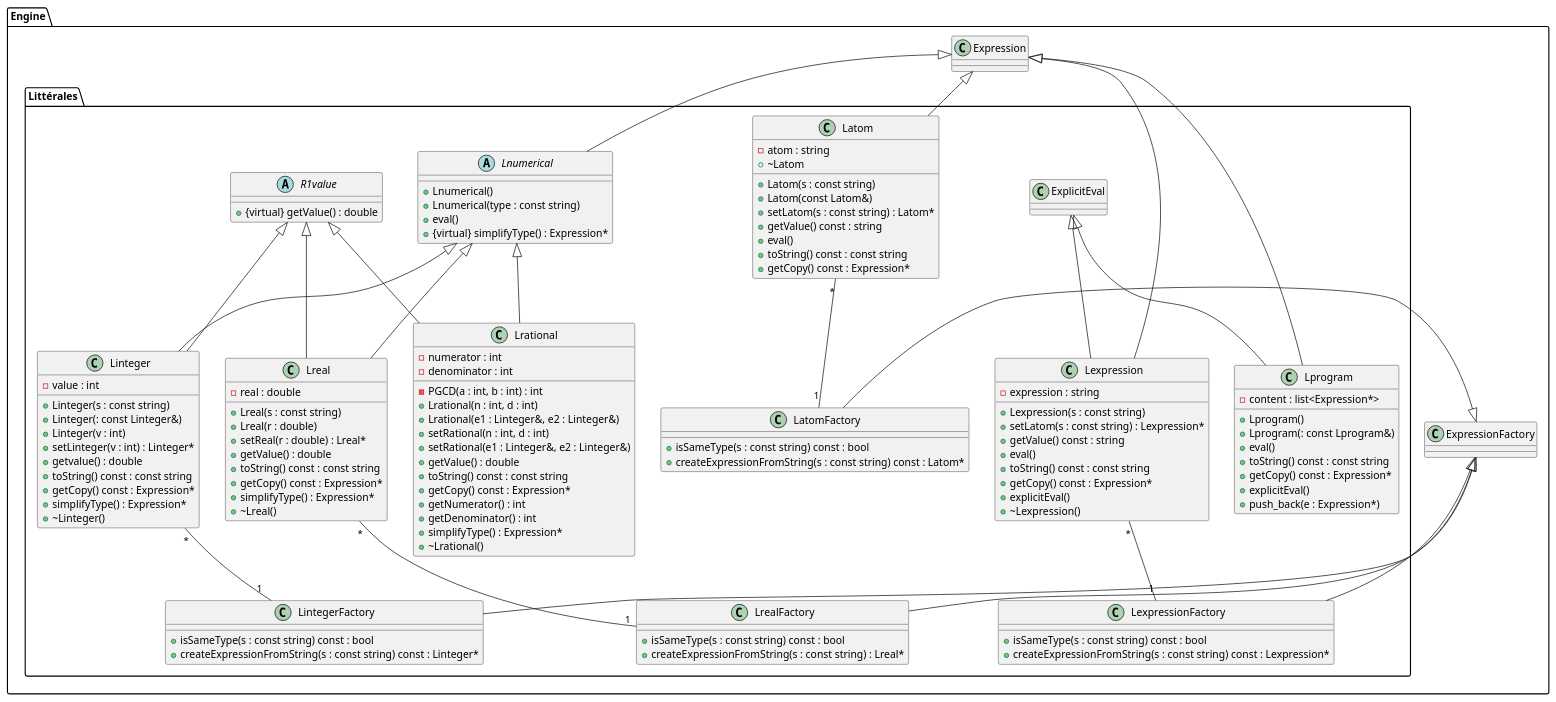
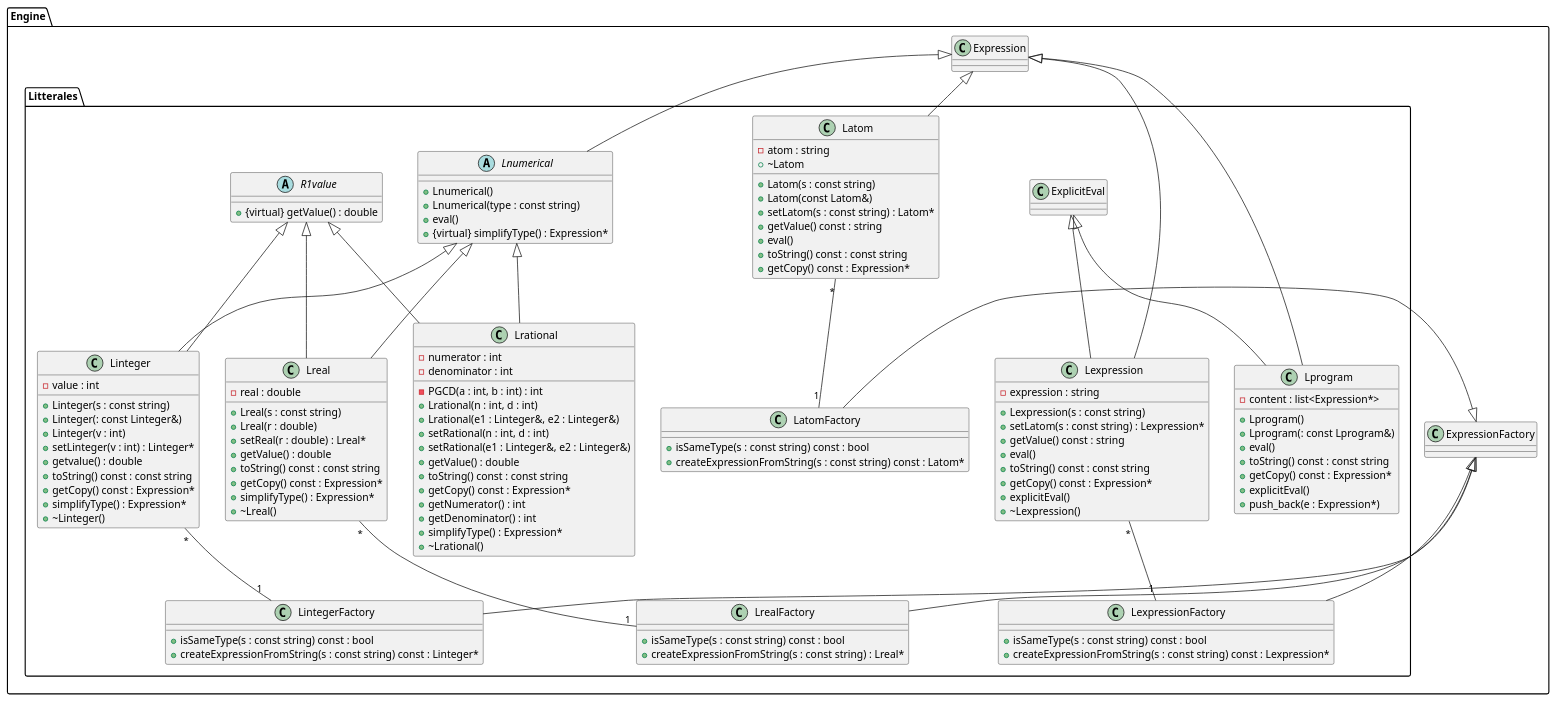
One commit to StephaneBranly/LO21-RPN-Calculator changed the diagram in etudes_de_projet/litterales.puml. Above: the diagram before and after it, drawn with PlantUML.

```diff
--- a/etudes_de_projet/litterales.puml
+++ b/etudes_de_projet/litterales.puml
@@ -1,139 +1,139 @@
 @startuml
 package Engine {
 class Expression {
 }
 
 class ExpressionFactory{
 }
 
-package Littérales {
+package Litterales {
 class Latom {
   - atom : string
   + Latom(s : const string)
   + Latom(const Latom&)
   + setLatom(s : const string) : Latom*
   + getValue() const : string
   + eval()
   + toString() const : const string
   + getCopy() const : Expression*
   + ~Latom
 }
 Expression <|-- Latom
 
 class LatomFactory {
   + isSameType(s : const string) const : bool
   + createExpressionFromString(s : const string) const : Latom*
 }
 ExpressionFactory <|- LatomFactory
 Latom "*" -- "1" LatomFactory
 
 class Lexpression {
   - expression : string
   + Lexpression(s : const string)
   + setLatom(s : const string) : Lexpression*
   + getValue() const : string
   + eval()
   + toString() const : const string
   + getCopy() const : Expression*
   + explicitEval()
   + ~Lexpression()
 }
 Expression <|-- Lexpression
 ExplicitEval <|-- Lexpression
 
 class LexpressionFactory {
   + isSameType(s : const string) const : bool
   + createExpressionFromString(s : const string) const : Lexpression*
 }
 ExpressionFactory <|- LexpressionFactory
 Lexpression "*" -- "1" LexpressionFactory
 
 class Lrational {
   - numerator : int
   - denominator : int
   - PGCD(a : int, b : int) : int
   + Lrational(n : int, d : int)
   + Lrational(e1 : Linteger&, e2 : Linteger&)
   + setRational(n : int, d : int)
   + setRational(e1 : Linteger&, e2 : Linteger&)
   + getValue() : double
   + toString() const : const string
   + getCopy() const : Expression*
   + getNumerator() : int
   + getDenominator() : int
   + simplifyType() : Expression*
   + ~Lrational()
 }
 Lnumerical <|-- Lrational
 R1value <|-- Lrational
 
 class Linteger {
   - value : int
   + Linteger(s : const string)
   + Linteger(: const Linteger&)
   + Linteger(v : int)
   + setLinteger(v : int) : Linteger*
   + getvalue() : double
   + toString() const : const string
   + getCopy() const : Expression*
   + simplifyType() : Expression*
   + ~Linteger()
 }
 Lnumerical <|-- Linteger
 R1value <|-- Linteger
 
 class LintegerFactory {
   + isSameType(s : const string) const : bool
   + createExpressionFromString(s : const string) const : Linteger*
 }
 ExpressionFactory <|-- LintegerFactory
 Linteger "*" -- "1" LintegerFactory
 
 abstract class Lnumerical {
   + Lnumerical()
   + Lnumerical(type : const string)
   + eval()
   + {virtual} simplifyType() : Expression*
 }
 Expression <|-- Lnumerical
 
 abstract class R1value {
   + {virtual} getValue() : double
 }
 
 class Lprogram {
   - content : list<Expression*>
   + Lprogram()
   + Lprogram(: const Lprogram&)
   + eval()
   + toString() const : const string
   + getCopy() const : Expression*
   + explicitEval()
   + push_back(e : Expression*)
 }
 Expression <|-- Lprogram
 ExplicitEval <|-- Lprogram
 
 class Lreal {
   - real : double
   + Lreal(s : const string)
   + Lreal(r : double)
   + setReal(r : double) : Lreal*
   + getValue() : double
   + toString() const : const string
   + getCopy() const : Expression*
   + simplifyType() : Expression*
   + ~Lreal()
 }
 Lnumerical <|-- Lreal
 R1value <|-- Lreal
 
 class LrealFactory {
   + isSameType(s : const string) const : bool
   + createExpressionFromString(s : const string) : Lreal*
 }
 ExpressionFactory <|-- LrealFactory
 Lreal "*" -- "1" LrealFactory
 }
 }
 @enduml
```
